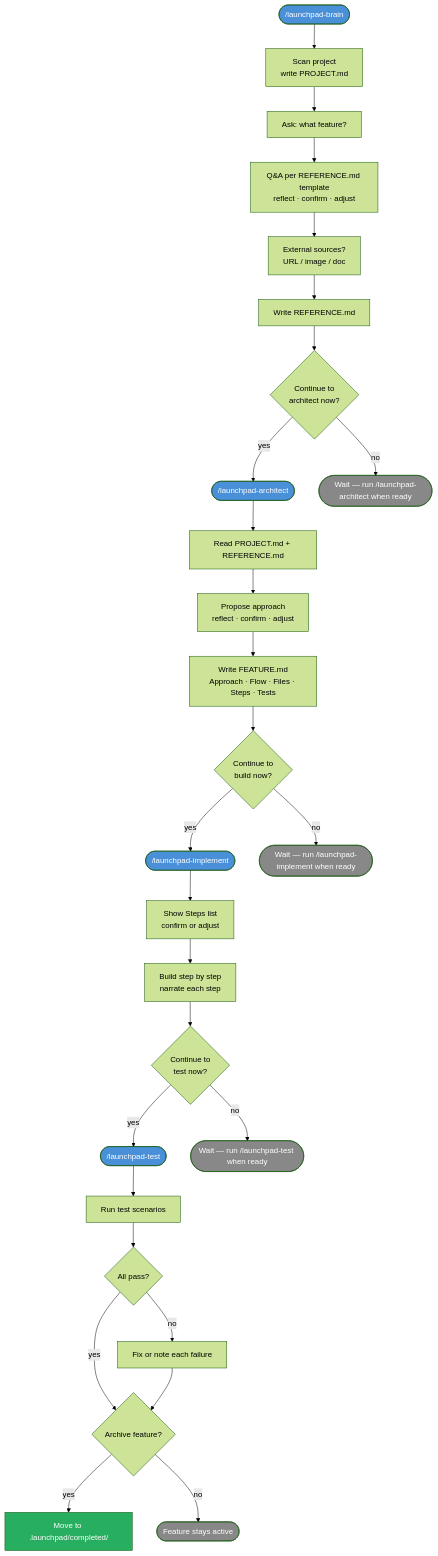
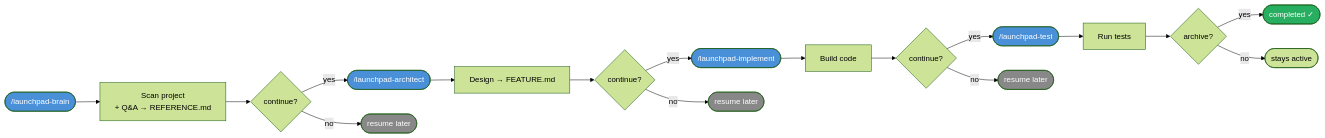
Before and after one commit to Formartha/launchpad: the diagram in README.md, drawn with Mermaid (forest theme). The commit also changed 6 other files, not shown here.

First line of the commit message:
docs: simplify flow diagram to left-right layout

````diff
--- a/README.md
+++ b/README.md
@@ -19,42 +19,28 @@
 ```mermaid
-flowchart TD
-    A(["/launchpad-brain"]) --> B[Scan project\nwrite PROJECT.md]
-    B --> C[Ask: what feature?]
-    C --> D[Q&A per REFERENCE.md template\nreflect · confirm · adjust]
-    D --> E[External sources?\nURL / image / doc]
-    E --> F[Write REFERENCE.md]
-    F --> G{Continue to\narchitect now?}
-    G -- yes --> H(["/launchpad-architect"])
-    G -- no --> WAIT1([Wait — run /launchpad-architect when ready])
-
-    H --> I[Read PROJECT.md + REFERENCE.md]
-    I --> J[Propose approach\nreflect · confirm · adjust]
-    J --> K[Write FEATURE.md\nApproach · Flow · Files · Steps · Tests]
-    K --> L{Continue to\nbuild now?}
-    L -- yes --> M(["/launchpad-implement"])
-    L -- no --> WAIT2([Wait — run /launchpad-implement when ready])
-
-    M --> N[Show Steps list\nconfirm or adjust]
-    N --> O[Build step by step\nnarrate each step]
-    O --> P{Continue to\ntest now?}
-    P -- yes --> Q(["/launchpad-test"])
-    P -- no --> WAIT3([Wait — run /launchpad-test when ready])
-
-    Q --> R[Run test scenarios]
-    R --> S{All pass?}
-    S -- yes --> T{Archive feature?}
-    S -- no --> U[Fix or note each failure]
-    U --> T
-    T -- yes --> V[Move to .launchpad/completed/]
-    T -- no --> WAIT4([Feature stays active])
+flowchart LR
+    A(["/launchpad-brain"]) --> B[Scan project\n+ Q&A → REFERENCE.md]
+    B --> C{continue?}
+    C -- yes --> D(["/launchpad-architect"])
+    C -- no --> C2([resume later])
+    D --> E[Design → FEATURE.md]
+    E --> F{continue?}
+    F -- yes --> G(["/launchpad-implement"])
+    F -- no --> F2([resume later])
+    G --> H[Build code]
+    H --> I{continue?}
+    I -- yes --> J(["/launchpad-test"])
+    I -- no --> I2([resume later])
+    J --> K[Run tests]
+    K --> L{archive?}
+    L -- yes --> M([completed ✓])
+    L -- no --> N([stays active])
 
     style A fill:#4A90D9,color:#fff
-    style H fill:#4A90D9,color:#fff
-    style M fill:#4A90D9,color:#fff
-    style Q fill:#4A90D9,color:#fff
-    style V fill:#27AE60,color:#fff
-    style WAIT1 fill:#888,color:#fff
-    style WAIT2 fill:#888,color:#fff
-    style WAIT3 fill:#888,color:#fff
-    style WAIT4 fill:#888,color:#fff
+    style D fill:#4A90D9,color:#fff
+    style G fill:#4A90D9,color:#fff
+    style J fill:#4A90D9,color:#fff
+    style M fill:#27AE60,color:#fff
+    style C2 fill:#888,color:#fff
+    style F2 fill:#888,color:#fff
+    style I2 fill:#888,color:#fff
 ```
````
